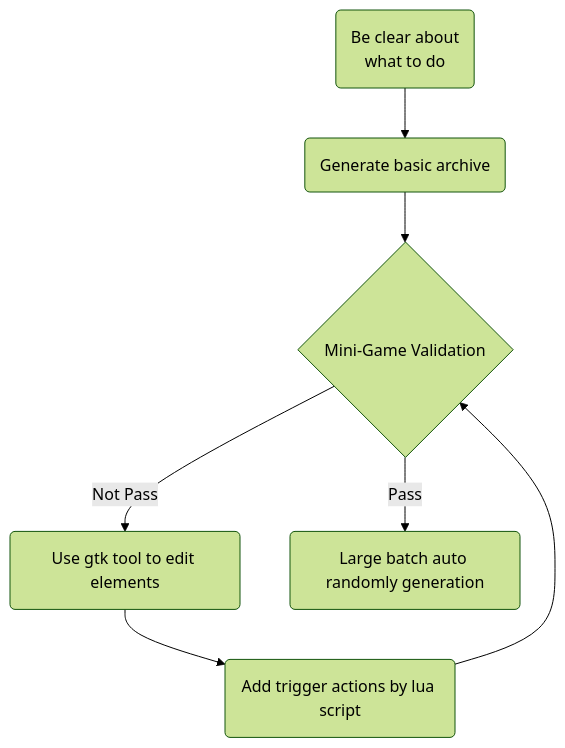
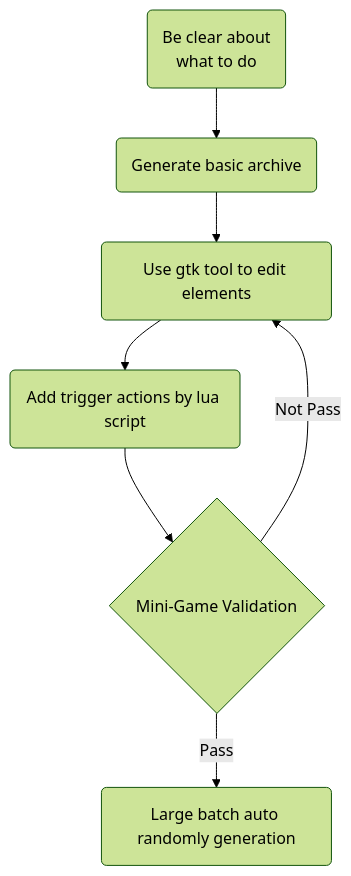
The diagram in docs/advanced_materials/minigame.md (fdrocha/forecastbench-sim), drawn with Mermaid (forest theme) before and after one commit.

Commit message:
update mini-game doc

````diff
--- a/docs/advanced_materials/minigame.md
+++ b/docs/advanced_materials/minigame.md
@@ -253,9 +253,9 @@
 ```mermaid
 graph TD
     A(Be clear about \nwhat to do) --> B(Generate basic archive)
-    B --> C{Mini-Game Validation}
-    C --> |Not Pass| D(Use gtk tool to edit elements)
+    B --> D(Use gtk tool to edit elements)
     D --> F(Add trigger actions by lua script)
-    F --> C
+    F --> C{Mini-Game Validation}
+    C --> |Not Pass| D 
     C --> |Pass| E(Large batch auto randomly generation)
 ```
````
